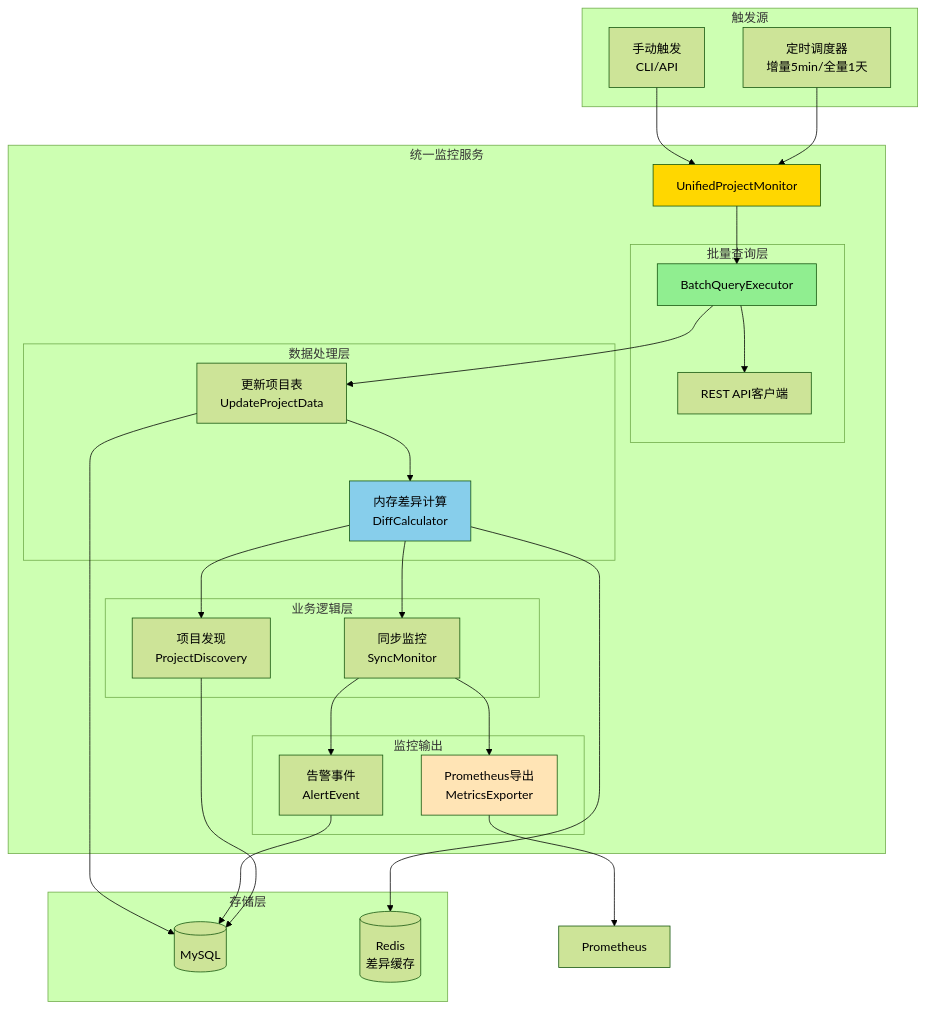
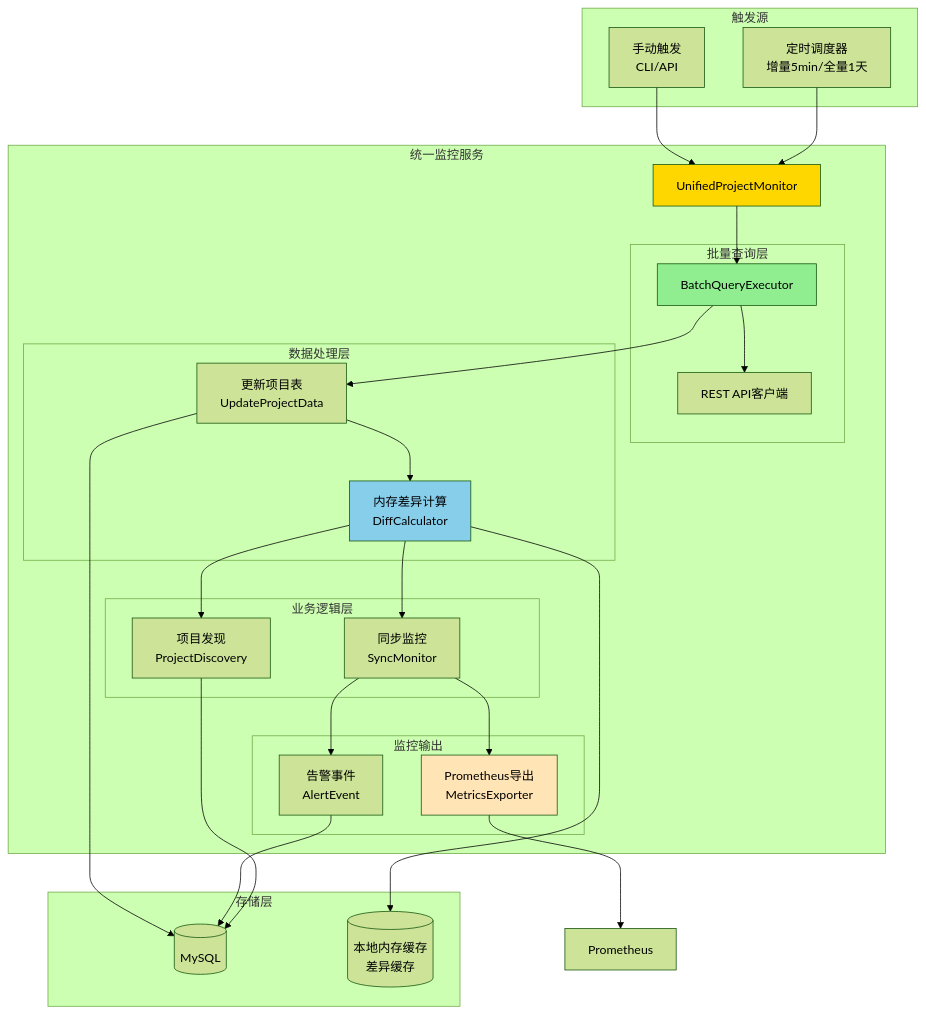
Before and after one commit to kylixs/gitlab-replicator: the first of 6 diagrams in docs/UNIFIED_PROJECT_MONITOR_DESIGN.md, drawn with Mermaid (forest theme). The commit also changed other lines of this file and 5 other files, not shown here.

````diff
--- a/docs/UNIFIED_PROJECT_MONITOR_DESIGN.md
+++ b/docs/UNIFIED_PROJECT_MONITOR_DESIGN.md
@@ -64,63 +65,63 @@
 ```mermaid
 graph TB
     subgraph "触发源"
         S1[定时调度器<br/>增量5min/全量1天]
         S2[手动触发<br/>CLI/API]
     end
 
     subgraph "统一监控服务"
         UMS[UnifiedProjectMonitor]
 
         subgraph "批量查询层"
             BQ[BatchQueryExecutor]
             REST[REST API客户端]
         end
 
         subgraph "数据处理层"
             UPD[更新项目表<br/>UpdateProjectData]
             DC[内存差异计算<br/>DiffCalculator]
         end
 
         subgraph "业务逻辑层"
             PD[项目发现<br/>ProjectDiscovery]
             SM[同步监控<br/>SyncMonitor]
         end
 
         subgraph "监控输出"
             AE[告警事件<br/>AlertEvent]
             PE[Prometheus导出<br/>MetricsExporter]
         end
     end
 
     subgraph "存储层"
         DB[(MySQL)]
-        CACHE[(Redis<br/>差异缓存)]
+        CACHE[(本地内存缓存<br/>差异缓存)]
     end
 
     S1 --> UMS
     S2 --> UMS
 
     UMS --> BQ
     BQ --> REST
 
     BQ --> UPD
     UPD --> DC
 
     DC --> PD
     DC --> SM
 
     PD --> DB
     SM --> AE
     SM --> PE
 
     AE --> DB
     PE --> PROM[Prometheus]
 
     DC --> CACHE
     UPD --> DB
 
     style UMS fill:#FFD700
     style BQ fill:#90EE90
     style DC fill:#87CEEB
     style PE fill:#FFE4B5
 ```
````
